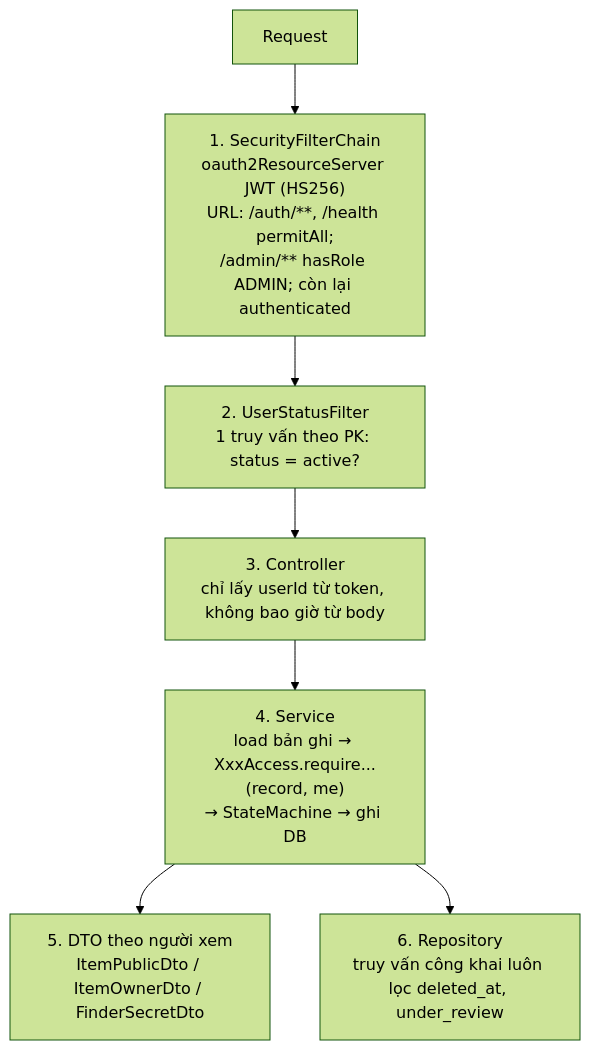
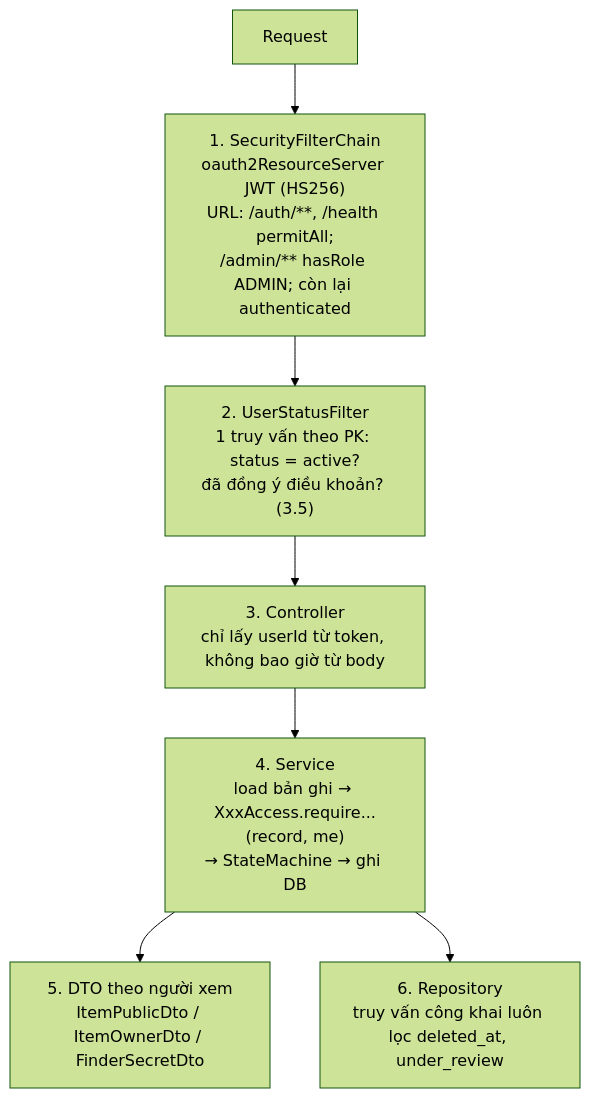
The diagram in docs/kien-truc/03-phan-quyen.md (ndkxm/Refound), drawn with Mermaid (forest theme) before and after one commit. The commit also changed other lines of this file and 9 other files, not shown here.

First line of the commit message:
feat(moderation): thiết kế + migration chặn người dùng và điều khoản (R03, R04)

````diff
--- a/docs/kien-truc/03-phan-quyen.md
+++ b/docs/kien-truc/03-phan-quyen.md
@@ -50,9 +50,9 @@
 ```mermaid
 flowchart TB
   R[Request] --> F1["1. SecurityFilterChain<br/>oauth2ResourceServer JWT (HS256)<br/>URL: /auth/**, /health permitAll;<br/>/admin/** hasRole ADMIN; còn lại authenticated"]
-  F1 --> F2["2. UserStatusFilter<br/>1 truy vấn theo PK: status = active?"]
+  F1 --> F2["2. UserStatusFilter<br/>1 truy vấn theo PK: status = active?<br/>đã đồng ý điều khoản? (3.5)"]
   F2 --> C["3. Controller<br/>chỉ lấy userId từ token, không bao giờ từ body"]
   C --> S["4. Service<br/>load bản ghi → XxxAccess.require...(record, me)<br/>→ StateMachine → ghi DB"]
   S --> D["5. DTO theo người xem<br/>ItemPublicDto / ItemOwnerDto / FinderSecretDto"]
   S --> Q["6. Repository<br/>truy vấn công khai luôn lọc deleted_at, under_review"]
 ```
````
